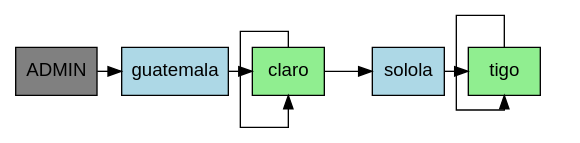
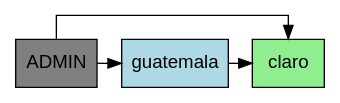
The diagram in output/reporte_matriz.dot (DavidVelasquez77/EDD_PROYECTO1), drawn with Graphviz before and after one commit. The commit also changed 38 other files, not shown here.

```diff
--- a/output/reporte_matriz.dot
+++ b/output/reporte_matriz.dot
@@ -1,19 +1,13 @@
 digraph MatrizDispersa {
   node [shape=box, style=filled, fontname=Arial];
   splines=ortho;
   rankdir=TB;
   "ADMIN" [fillcolor=gray, group=1, pos="0,0!"];
   "guatemala" [fillcolor=lightblue, group=2, pos="2,0!"];
   "ADMIN" -> "guatemala";
   "claro" [fillcolor=lightblue, group=3, pos="3,0!"];
   "guatemala" -> "claro";
   "claro" [fillcolor=lightgreen, group=1, pos="0,-1!"];
-  "claro" -> "claro";
-  "solola" [fillcolor=lightblue, group=4, pos="4,0!"];
-  "claro" -> "solola";
-  "tigo" [fillcolor=lightblue, group=5, pos="5,0!"];
-  "solola" -> "tigo";
-  "tigo" [fillcolor=lightgreen, group=1, pos="0,-1!"];
-  "tigo" -> "tigo";
-  { rank=same; "ADMIN" "guatemala" "claro" "solola" "tigo" }
+  "ADMIN" -> "claro";
+  { rank=same; "ADMIN" "guatemala" "claro" }
 }
```
